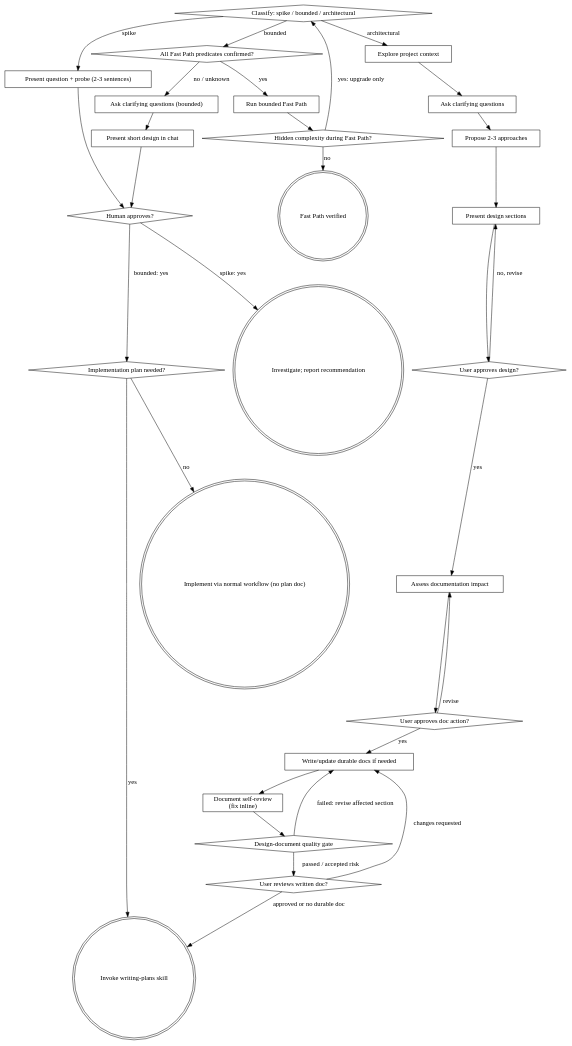
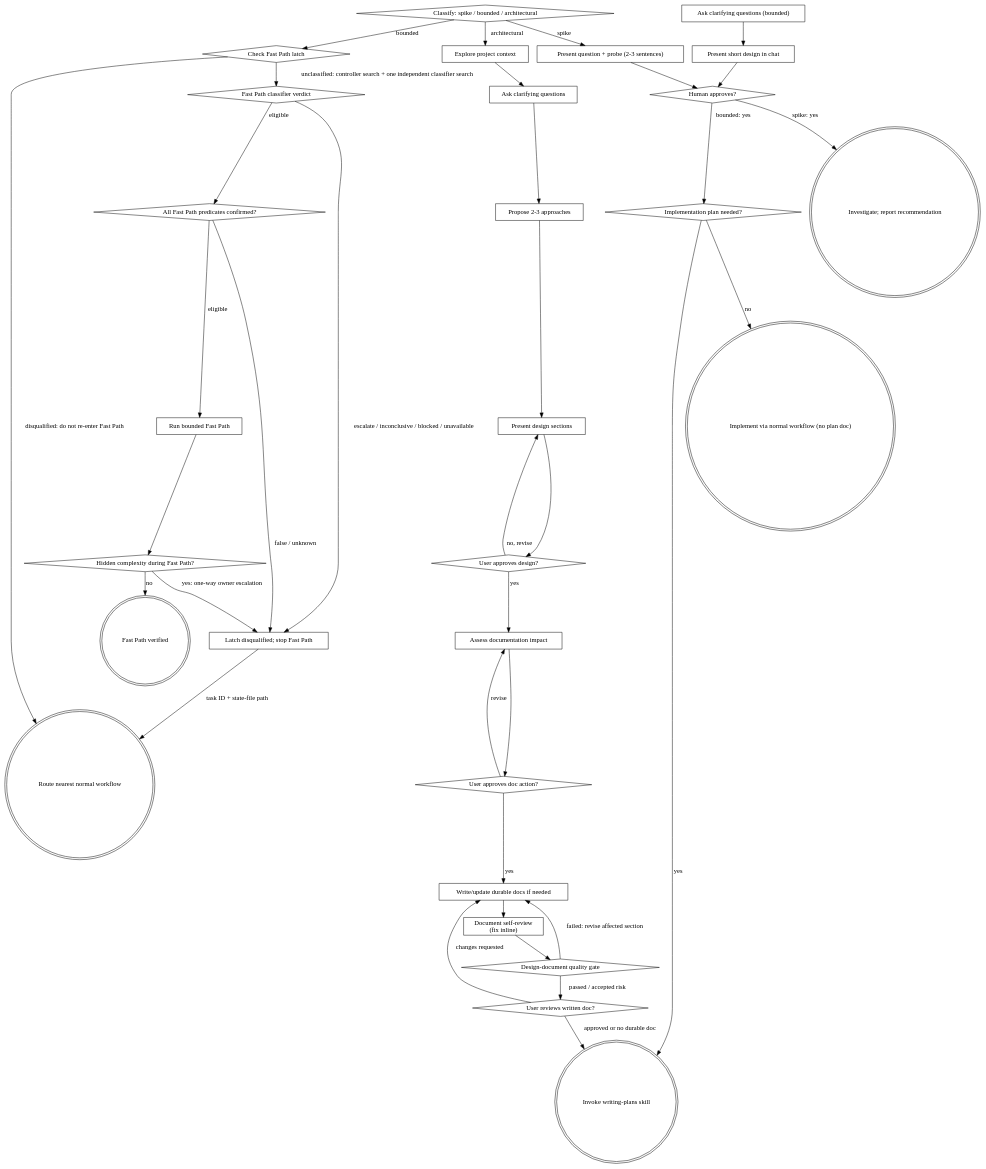
Before and after one commit to sonsu-lee/sonsu-marketplace: the diagram in plugins/engineering/skills/brainstorming/SKILL.md, drawn with Graphviz. The commit also changed other lines of this file and 5 other files, not shown here.

Commit message:
feat(engineering): classify fast path independently

````diff
--- a/plugins/engineering/skills/brainstorming/SKILL.md
+++ b/plugins/engineering/skills/brainstorming/SKILL.md
@@ -133,59 +151,68 @@
 ```dot
 digraph brainstorming {
     "Classify: spike / bounded / architectural" [shape=diamond];
     "Present question + probe (2-3 sentences)" [shape=box];
     "Ask clarifying questions (bounded)" [shape=box];
+    "Check Fast Path latch" [shape=diamond];
+    "Fast Path classifier verdict" [shape=diamond];
     "All Fast Path predicates confirmed?" [shape=diamond];
     "Run bounded Fast Path" [shape=box];
     "Hidden complexity during Fast Path?" [shape=diamond];
     "Fast Path verified" [shape=doublecircle];
+    "Latch disqualified; stop Fast Path" [shape=box];
+    "Route nearest normal workflow" [shape=doublecircle];
     "Present short design in chat" [shape=box];
     "Human approves?" [shape=diamond];
     "Implementation plan needed?" [shape=diamond];
     "Investigate; report recommendation" [shape=doublecircle];
     "Implement via normal workflow (no plan doc)" [shape=doublecircle];
     "Explore project context" [shape=box];
     "Ask clarifying questions" [shape=box];
     "Propose 2-3 approaches" [shape=box];
     "Present design sections" [shape=box];
     "User approves design?" [shape=diamond];
     "Assess documentation impact" [shape=box];
     "User approves doc action?" [shape=diamond];
     "Write/update durable docs if needed" [shape=box];
     "Document self-review\n(fix inline)" [shape=box];
     "Design-document quality gate" [shape=diamond];
     "User reviews written doc?" [shape=diamond];
     "Invoke writing-plans skill" [shape=doublecircle];
 
     "Classify: spike / bounded / architectural" -> "Present question + probe (2-3 sentences)" [label="spike"];
-    "Classify: spike / bounded / architectural" -> "All Fast Path predicates confirmed?" [label="bounded"];
-    "All Fast Path predicates confirmed?" -> "Run bounded Fast Path" [label="yes"];
+    "Classify: spike / bounded / architectural" -> "Check Fast Path latch" [label="bounded"];
+    "Check Fast Path latch" -> "Fast Path classifier verdict" [label="unclassified: controller search + one independent classifier search"];
+    "Check Fast Path latch" -> "Route nearest normal workflow" [label="disqualified: do not re-enter Fast Path"];
+    "Fast Path classifier verdict" -> "All Fast Path predicates confirmed?" [label="eligible"];
+    "Fast Path classifier verdict" -> "Latch disqualified; stop Fast Path" [label="escalate / inconclusive / blocked / unavailable"];
+    "All Fast Path predicates confirmed?" -> "Run bounded Fast Path" [label="eligible"];
     "Run bounded Fast Path" -> "Hidden complexity during Fast Path?";
-    "Hidden complexity during Fast Path?" -> "Classify: spike / bounded / architectural" [label="yes: upgrade only"];
+    "Hidden complexity during Fast Path?" -> "Latch disqualified; stop Fast Path" [label="yes: one-way owner escalation"];
     "Hidden complexity during Fast Path?" -> "Fast Path verified" [label="no"];
-    "All Fast Path predicates confirmed?" -> "Ask clarifying questions (bounded)" [label="no / unknown"];
+    "All Fast Path predicates confirmed?" -> "Latch disqualified; stop Fast Path" [label="false / unknown"];
+    "Latch disqualified; stop Fast Path" -> "Route nearest normal workflow" [label="task ID + state-file path"];
     "Classify: spike / bounded / architectural" -> "Explore project context" [label="architectural"];
     "Present question + probe (2-3 sentences)" -> "Human approves?";
     "Ask clarifying questions (bounded)" -> "Present short design in chat";
     "Present short design in chat" -> "Human approves?";
     "Human approves?" -> "Investigate; report recommendation" [label="spike: yes"];
     "Human approves?" -> "Implementation plan needed?" [label="bounded: yes"];
     "Implementation plan needed?" -> "Invoke writing-plans skill" [label="yes"];
     "Implementation plan needed?" -> "Implement via normal workflow (no plan doc)" [label="no"];
     "Explore project context" -> "Ask clarifying questions";
     "Ask clarifying questions" -> "Propose 2-3 approaches";
     "Propose 2-3 approaches" -> "Present design sections";
     "Present design sections" -> "User approves design?";
     "User approves design?" -> "Present design sections" [label="no, revise"];
     "User approves design?" -> "Assess documentation impact" [label="yes"];
     "Assess documentation impact" -> "User approves doc action?";
     "User approves doc action?" -> "Assess documentation impact" [label="revise"];
     "User approves doc action?" -> "Write/update durable docs if needed" [label="yes"];
     "Write/update durable docs if needed" -> "Document self-review\n(fix inline)";
     "Document self-review\n(fix inline)" -> "Design-document quality gate";
     "Design-document quality gate" -> "Write/update durable docs if needed" [label="failed: revise affected section"];
     "Design-document quality gate" -> "User reviews written doc?" [label="passed / accepted risk"];
     "User reviews written doc?" -> "Write/update durable docs if needed" [label="changes requested"];
     "User reviews written doc?" -> "Invoke writing-plans skill" [label="approved or no durable doc"];
 }
 ```
````
